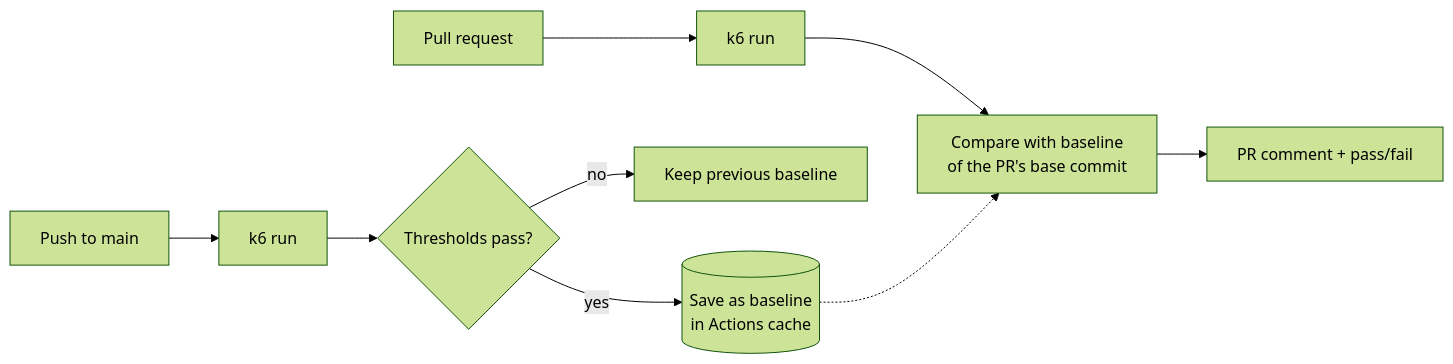
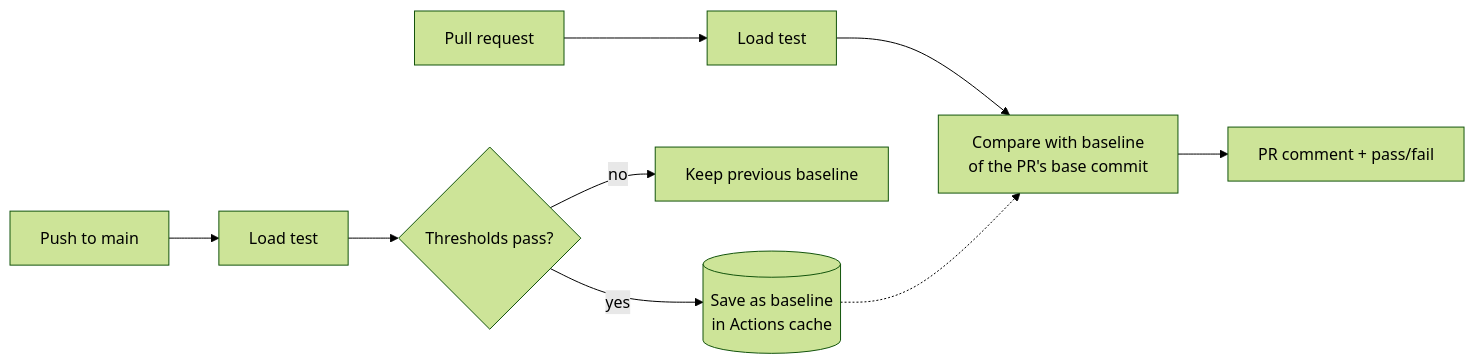
One commit to fatnisponxhaj/k6-pr-guard changed the diagram in README.md. Above: the diagram before and after it, drawn with Mermaid (forest theme). The commit also changed other lines of this file and 17 other files, not shown here.

````diff
--- a/README.md
+++ b/README.md
@@ -51,9 +49,9 @@
 ```mermaid
 flowchart LR
-  A[Push to main] --> B[k6 run] --> C{Thresholds pass?}
+  A[Push to main] --> B[Load test] --> C{Thresholds pass?}
   C -- yes --> D[(Save as baseline<br/>in Actions cache)]
   C -- no --> E[Keep previous baseline]
-  F[Pull request] --> G[k6 run] --> H[Compare with baseline<br/>of the PR's base commit]
+  F[Pull request] --> G[Load test] --> H[Compare with baseline<br/>of the PR's base commit]
   D -.-> H
   H --> I[PR comment + pass/fail]
 ```
````
